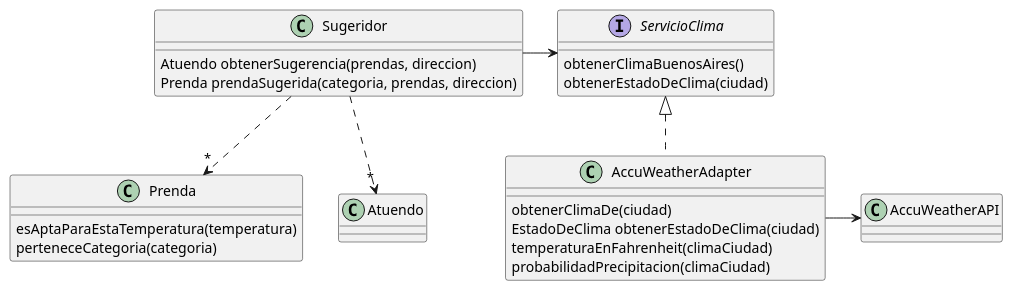
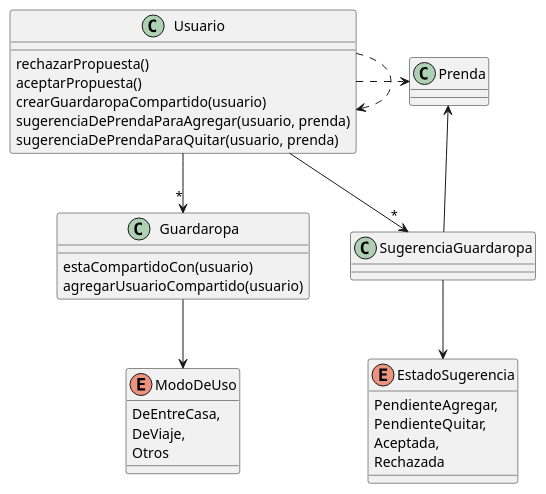
The diagram in README.org (neverkas/qmp-iteracion5), drawn with PlantUML before and after one commit. The commit also changed other lines of this file and 4 other files, not shown here.

Commit message:
Agregamos diagrama de clases

```diff
--- a/README.org
+++ b/README.org
@@ -78,32 +3,44 @@
-    #+BEGIN_SRC plantuml :file assets/diagramaDeClases-iteracion4b.png :results silent
-      class AccuWeatherAPI{
-      }
-      class AccuWeatherAdapter{
-              obtenerClimaDe(ciudad)
-              EstadoDeClima obtenerEstadoDeClima(ciudad)
-              temperaturaEnFahrenheit(climaCiudad)
-              probabilidadPrecipitacion(climaCiudad)
-      }
+  #+BEGIN_SRC plantuml :file assets/diagramaDeClases-iteracion5.png :results silent
+    @startuml
+    'Estructura
+    class Guardaropa{
+            estaCompartidoCon(usuario)
+            agregarUsuarioCompartido(usuario)
+    }
 
-      interface ServicioClima{
-              obtenerClimaBuenosAires()
-              obtenerEstadoDeClima(ciudad)
-      }
+    class Usuario{
+            rechazarPropuesta()
+            aceptarPropuesta()
+            crearGuardaropaCompartido(usuario)
+            sugerenciaDePrendaParaAgregar(usuario, prenda)
+            sugerenciaDePrendaParaQuitar(usuario, prenda)
+    }
 
-      class Sugeridor{
-              Atuendo obtenerSugerencia(prendas, direccion)
-              Prenda prendaSugerida(categoria, prendas, direccion)
-      }
+    class SugerenciaGuardaropa{
+    }
 
-      class Prenda{
-              esAptaParaEstaTemperatura(temperatura)
-              perteneceCategoria(categoria)
-      }
+    Enum EstadoSugerencia{
+            PendienteAgregar,
+            PendienteQuitar,
+            Aceptada,
+            Rechazada
+    }
 
-      'Relaciones
-      AccuWeatherAdapter .up.|> ServicioClima
-      AccuWeatherAdapter -r-> AccuWeatherAPI
-      Sugeridor -right-> ServicioClima
-      Sugeridor .d.>"*" Prenda
-      Sugeridor .d.>"*" Atuendo
-    #+END_SRC
+    Enum ModoDeUso{
+            DeEntreCasa,
+            DeViaje,
+            Otros
+    }
+
+    'Relaciones
+    Usuario -d->"*" Guardaropa
+    Usuario -d->"*" SugerenciaGuardaropa
+    Usuario .r.> Prenda
+    Usuario .r.> Usuario
+
+    SugerenciaGuardaropa -d-> EstadoSugerencia
+    SugerenciaGuardaropa -u-> Prenda
+
+    Guardaropa -d-> ModoDeUso
+    @enduml
+  #+END_SRC
```
